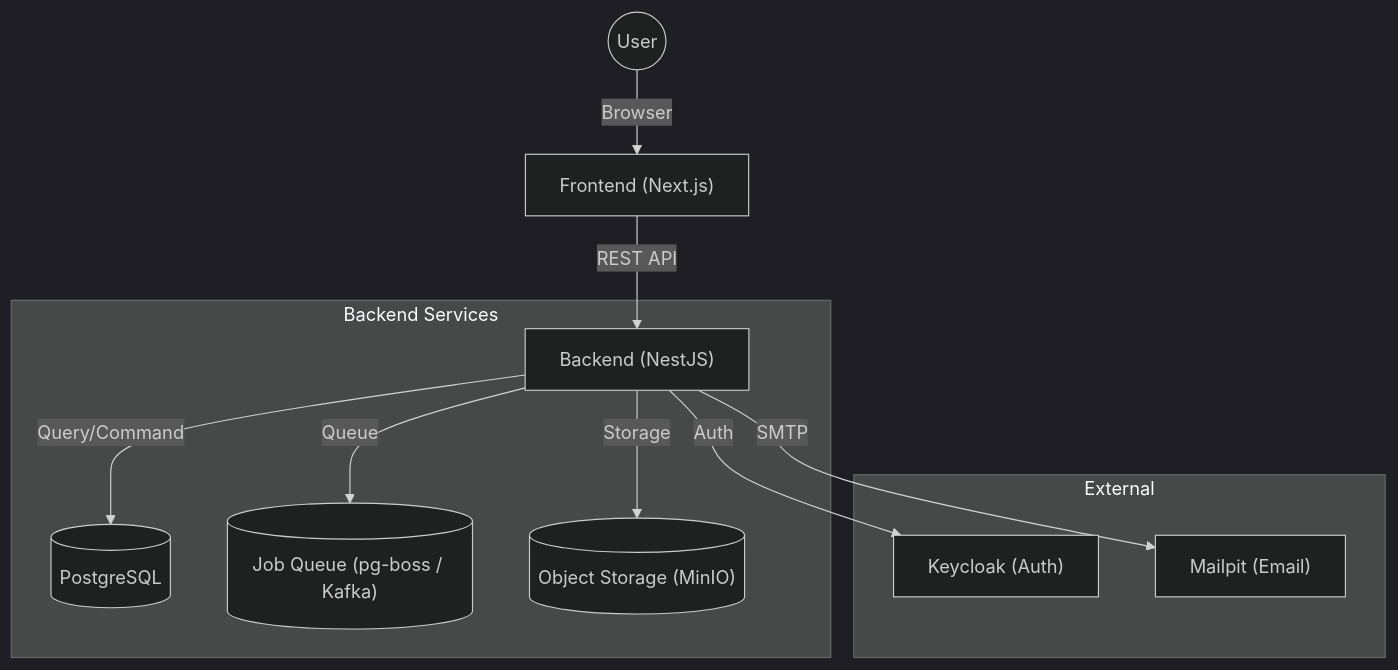
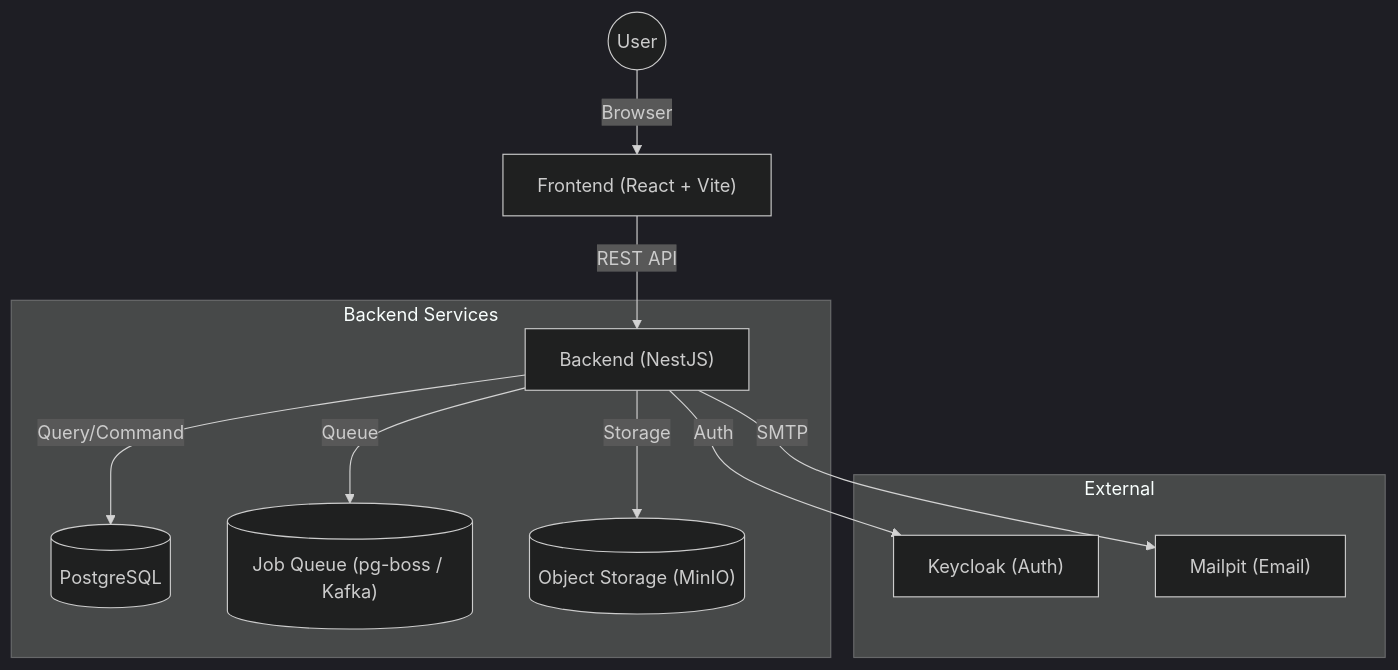
The diagram in README.md (kenichi-33/flow-craft), drawn with Mermaid (dark theme) before and after one commit. The commit also changed other lines of this file and 7 other files, not shown here.

````diff
--- a/README.md
+++ b/README.md
@@ -54,16 +127,16 @@
 ```mermaid
 graph TD
-    User((User)) -->|Browser| Frontend["Frontend (Next.js)"]
+    User((User)) -->|Browser| Frontend["Frontend (React + Vite)"]
     Frontend -->|REST API| Backend["Backend (NestJS)"]
     
     subgraph Backend Services
         Backend -->|Query/Command| DB[("PostgreSQL")]
         Backend -->|Queue| Queue[("Job Queue (pg-boss / Kafka)")]
         Backend -->|Storage| S3[("Object Storage (MinIO)")]
     end
     
     subgraph External
         Backend -->|Auth| Keycloak["Keycloak (Auth)"]
         Backend -->|SMTP| Mailpit["Mailpit (Email)"]
     end
 ```
````
